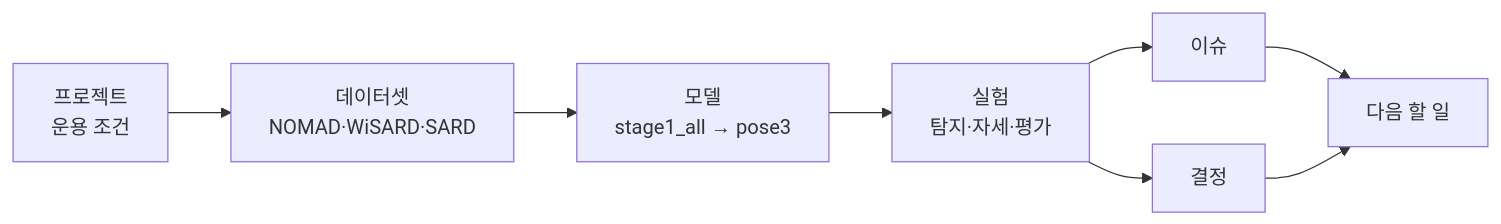
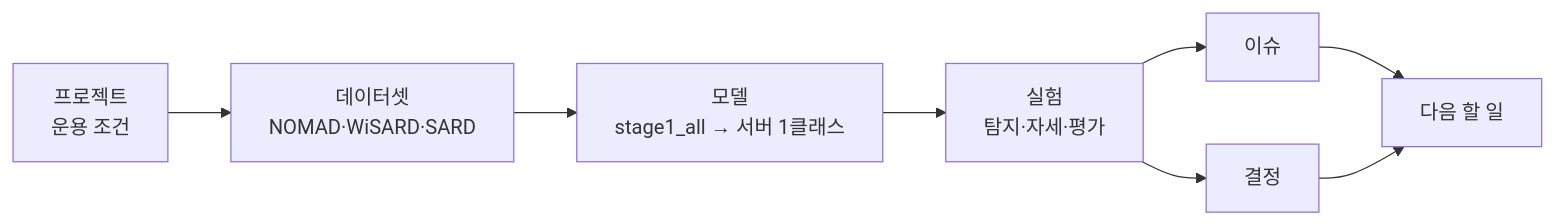
One commit to tim9985/Capstone changed the diagram in obsidian/Drone/00 홈.md. Above: the diagram before and after it, drawn with Mermaid. The commit also changed other lines of this file and 63 other files, not shown here.

````diff
--- a/obsidian/Drone/00 홈.md
+++ b/obsidian/Drone/00 홈.md
@@ -22,10 +23,10 @@
 ```mermaid
 flowchart LR
     P[프로젝트<br/>운용 조건] --> D[데이터셋<br/>NOMAD·WiSARD·SARD]
-    D --> M[모델<br/>stage1_all → pose3]
+    D --> M[모델<br/>stage1_all → 서버 1클래스]
     M --> E[실험<br/>탐지·자세·평가]
     E --> C[결정]
     E --> I[이슈]
     I --> N[다음 할 일]
     C --> N
 ```
````
